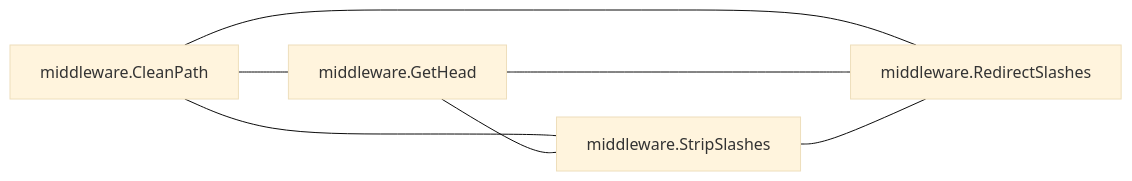
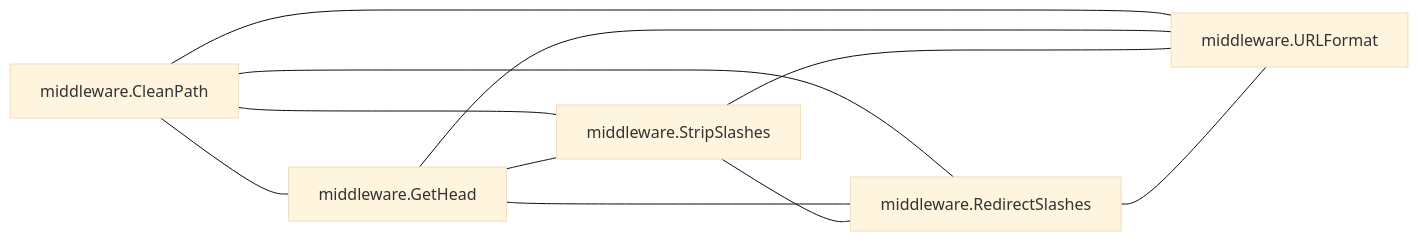
The third of 7 diagrams in examples/chi.md (LukasSelin/doppel), drawn with Mermaid (base theme) before and after one commit. The commit also changed other lines of this file and 15 other files, not shown here.

````diff
--- a/examples/chi.md
+++ b/examples/chi.md
@@ -761,13 +753,18 @@
 ```mermaid
 flowchart LR
     m0["middleware.CleanPath"]
     m1["middleware.GetHead"]
     m2["middleware.StripSlashes"]
     m3["middleware.RedirectSlashes"]
+    m4["middleware.URLFormat"]
     m0 --- m1
     m0 --- m2
     m0 --- m3
+    m0 --- m4
     m1 --- m2
     m1 --- m3
+    m1 --- m4
     m2 --- m3
+    m2 --- m4
+    m3 --- m4
 ```
````
